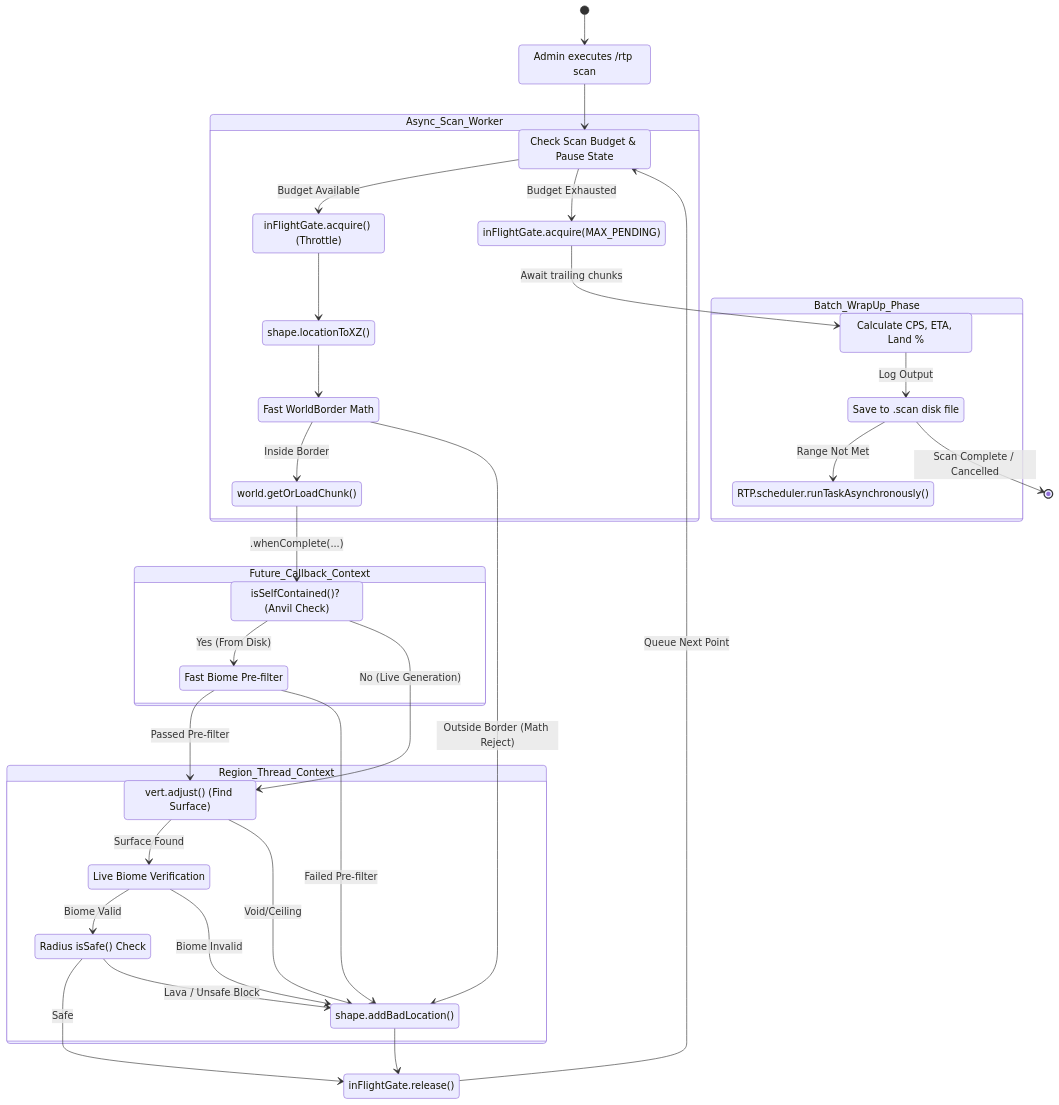
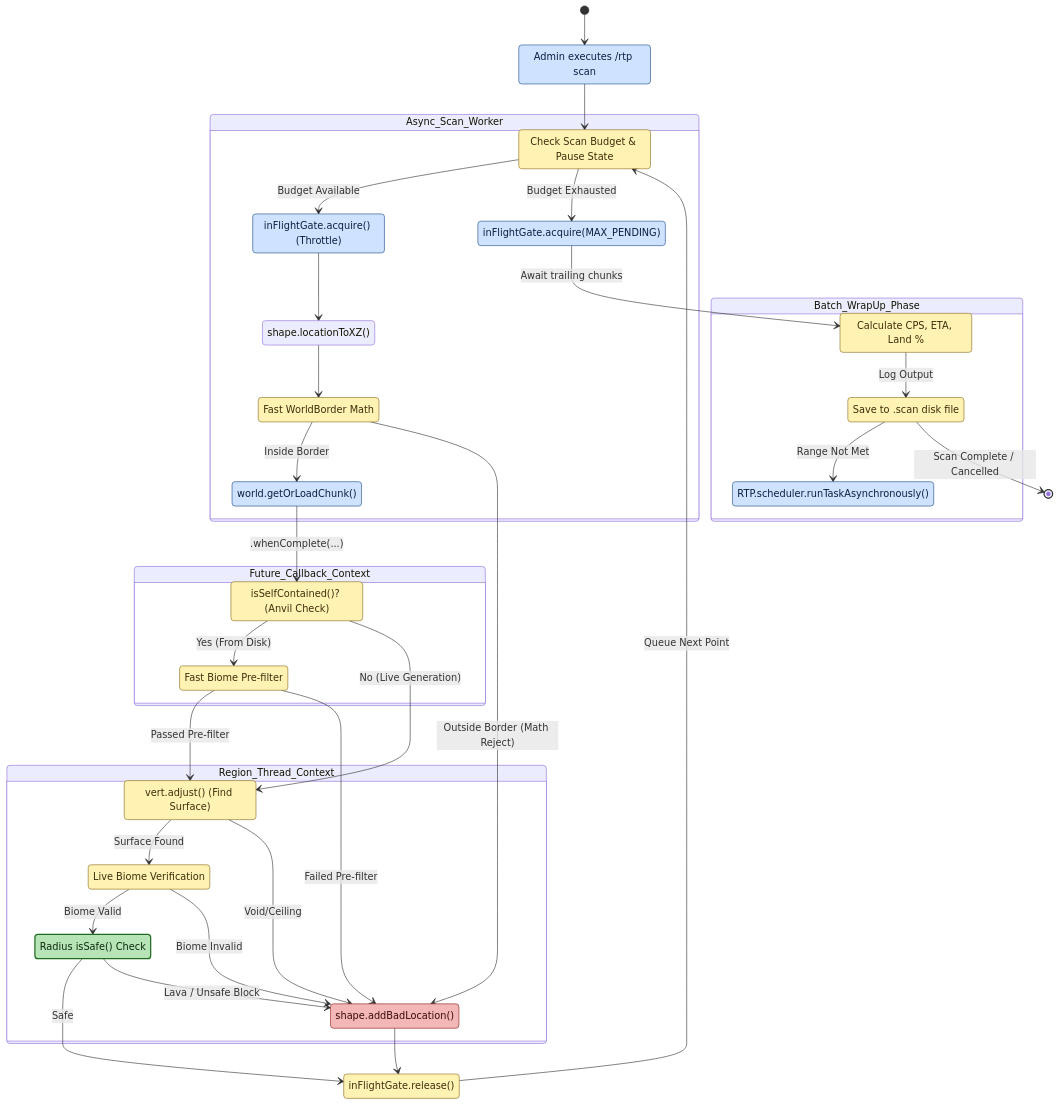
The diagram in docs/architecture/05-scan-task-crawler.md (DailyStruggle/RTP), drawn with Mermaid before and after one commit. The commit also changed other lines of this file and 29 other files, not shown here.

````diff
--- a/docs/architecture/05-scan-task-crawler.md
+++ b/docs/architecture/05-scan-task-crawler.md
@@ -1,72 +11,82 @@
 ```mermaid
 stateDiagram-v2
     CmdTrigger : Admin executes /rtp scan
     [*] --> CmdTrigger
 
 %% 1. Define State Containers (Strict Parser Syntax)
     state Async_Scan_Worker {
         CheckLimit : Check Scan Budget & Pause State
         AcquireGate : inFlightGate.acquire() (Throttle)
         GenCoords : shape.locationToXZ()
         BorderCheck : Fast WorldBorder Math
         ReqChunk : world.getOrLoadChunk()
         DrainGate : inFlightGate.acquire(MAX_PENDING)
     }
 
     state Future_Callback_Context {
         CheckContained : isSelfContained()? (Anvil Check)
         AnvilBiome : Fast Biome Pre-filter
     }
 
     state Region_Thread_Context {
         VertAdjust : vert.adjust() (Find Surface)
         PhysBiome : Live Biome Verification
         SafeCheck : Radius isSafe() Check
         MarkBad : shape.addBadLocation()
     }
 
     state Batch_WrapUp_Phase {
         CalcStats : Calculate CPS, ETA, Land %
         SaveState : Save to .scan disk file
         YieldTask : RTP.scheduler.runTaskAsynchronously()
     }
 
 %% 2. The Throttled Worker Loop
     CmdTrigger --> CheckLimit
     CheckLimit --> AcquireGate : Budget Available
     CheckLimit --> DrainGate : Budget Exhausted
 
     AcquireGate --> GenCoords
     GenCoords --> BorderCheck
     BorderCheck --> ReqChunk : Inside Border
     BorderCheck --> MarkBad : Outside Border (Math Reject)
 
 %% 3. Chunk Loading & Callback
     ReqChunk --> CheckContained : .whenComplete(...)
     CheckContained --> AnvilBiome : Yes (From Disk)
     CheckContained --> VertAdjust : No (Live Generation)
 
     AnvilBiome --> VertAdjust : Passed Pre-filter
     AnvilBiome --> MarkBad : Failed Pre-filter
 
 %% 4. Region Thread Block Evaluation
     VertAdjust --> PhysBiome : Surface Found
     VertAdjust --> MarkBad : Void/Ceiling
 
     PhysBiome --> SafeCheck : Biome Valid
     PhysBiome --> MarkBad : Biome Invalid
 
     SafeCheck --> ReleaseGate : Safe
     SafeCheck --> MarkBad : Lava / Unsafe Block
 
     MarkBad --> ReleaseGate
 
     ReleaseGate : inFlightGate.release()
     ReleaseGate --> CheckLimit : Queue Next Point
 
 %% 5. Wrap-Up & Checkpointing
     DrainGate --> CalcStats : Await trailing chunks
     CalcStats --> SaveState : Log Output
     SaveState --> YieldTask : Range Not Met
     SaveState --> [*] : Scan Complete / Cancelled
+
+%% Color legend: green = safe location found, red = rejected candidate, blue = async/scheduler work, yellow = bookkeeping/checkpoint
+    classDef success fill:#b7e4b7,stroke:#1f6b1f,stroke-width:2px,color:#0b2a0b;
+    classDef fail    fill:#f4b7b7,stroke:#8a1f1f,color:#3a0b0b;
+    classDef async   fill:#cfe2ff,stroke:#1f4e8a,color:#0b1f3a;
+    classDef data    fill:#fff2b3,stroke:#8a6d1f,color:#3a2f0b;
+    class SafeCheck success
+    class MarkBad fail
+    class CmdTrigger,AcquireGate,ReqChunk,DrainGate,YieldTask async
+    class CheckLimit,BorderCheck,CheckContained,AnvilBiome,VertAdjust,PhysBiome,ReleaseGate,CalcStats,SaveState data
 ```
````
